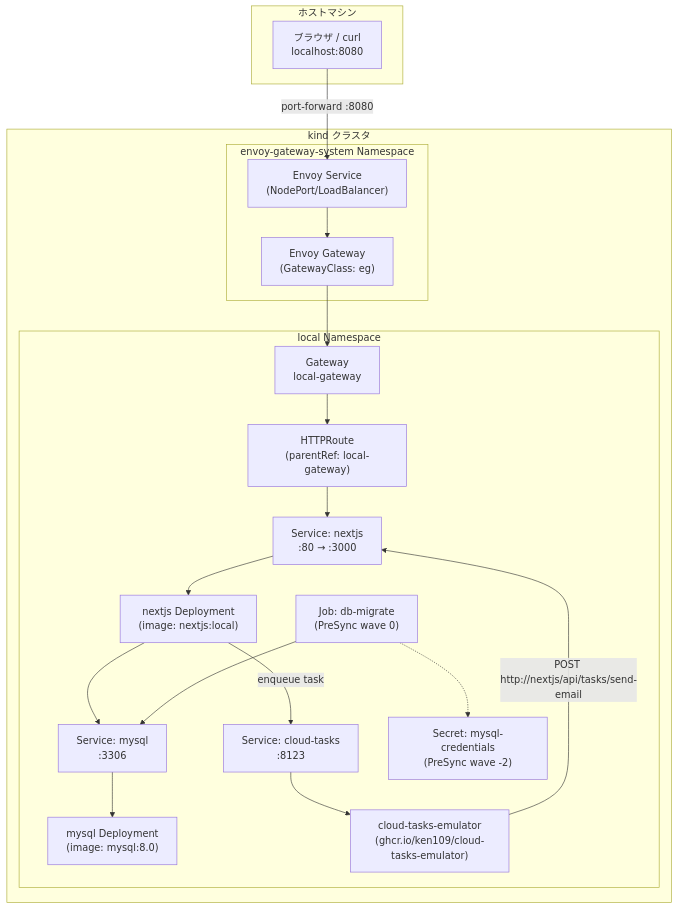
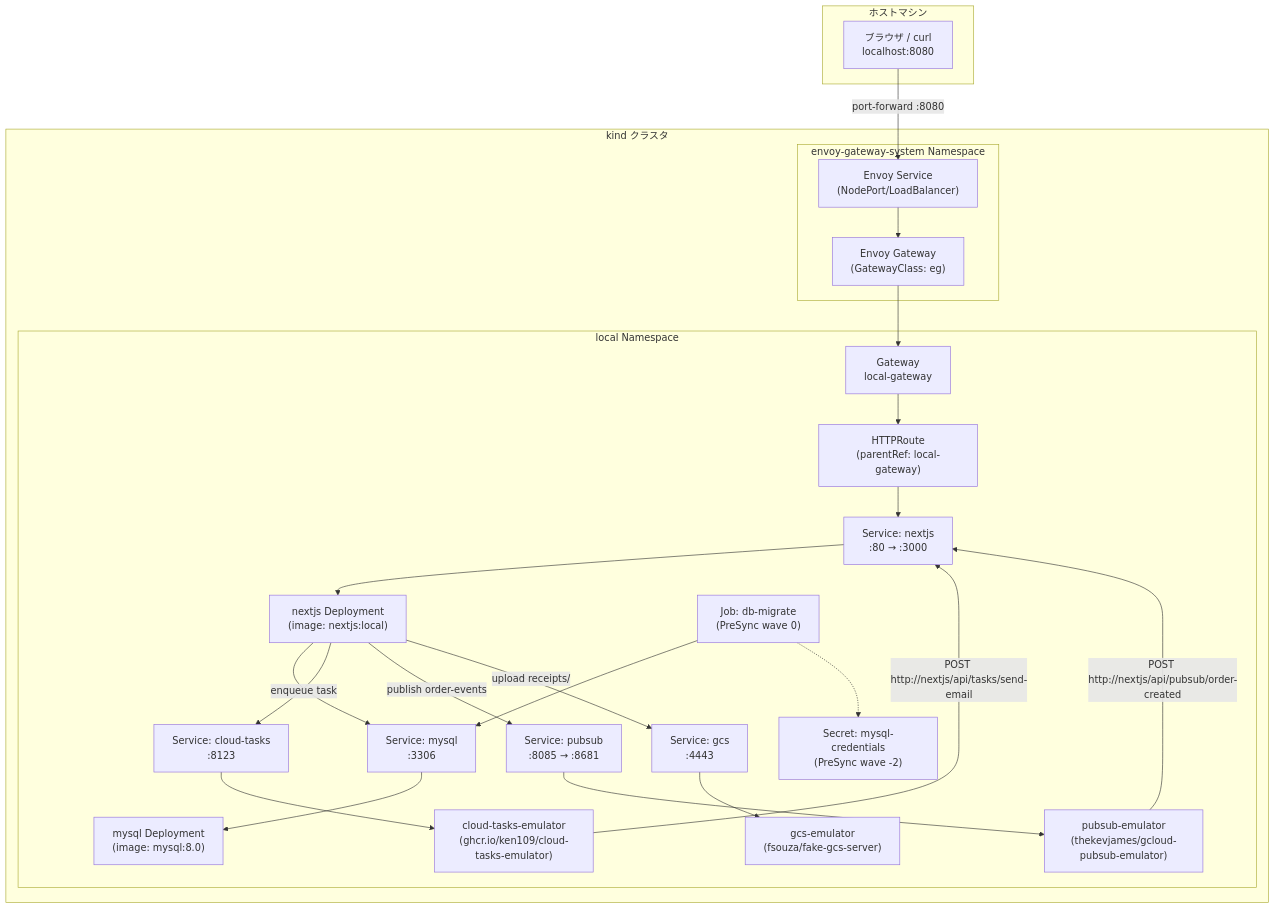
The first of 3 diagrams in README.md (sikeda107/k8s-preview-environment-sample), drawn with Mermaid before and after one commit. The commit also changed other lines of this file and 22 other files, not shown here.

````diff
--- a/README.md
+++ b/README.md
@@ -34,40 +37,49 @@
 ```mermaid
 graph TD
     subgraph host["ホストマシン"]
         browser["ブラウザ / curl\nlocalhost:8080"]
     end
 
     subgraph kind["kind クラスタ"]
         subgraph envoy["envoy-gateway-system Namespace"]
             eg["Envoy Gateway\n(GatewayClass: eg)"]
             svc_envoy["Envoy Service\n(NodePort/LoadBalancer)"]
         end
 
         subgraph local["local Namespace"]
             gw["Gateway\nlocal-gateway"]
             httproute["HTTPRoute\n(parentRef: local-gateway)"]
             nextjs["nextjs Deployment\n(image: nextjs:local)"]
             nextjs_svc["Service: nextjs\n:80 → :3000"]
             mysql["mysql Deployment\n(image: mysql:8.0)"]
             mysql_svc["Service: mysql\n:3306"]
             emulator["cloud-tasks-emulator\n(ghcr.io/ken109/cloud-tasks-emulator)"]
             emulator_svc["Service: cloud-tasks\n:8123"]
+            pubsub["pubsub-emulator\n(thekevjames/gcloud-pubsub-emulator)"]
+            pubsub_svc["Service: pubsub\n:8085 → :8681"]
+            gcs["gcs-emulator\n(fsouza/fake-gcs-server)"]
+            gcs_svc["Service: gcs\n:4443"]
             migrate["Job: db-migrate\n(PreSync wave 0)"]
             secret["Secret: mysql-credentials\n(PreSync wave -2)"]
         end
     end
 
     browser -- "port-forward :8080" --> svc_envoy
     svc_envoy --> eg
     eg --> gw
     gw --> httproute
     httproute --> nextjs_svc
     nextjs_svc --> nextjs
     nextjs --> mysql_svc
     mysql_svc --> mysql
     nextjs -- "enqueue task" --> emulator_svc
     emulator_svc --> emulator
     emulator -- "POST http://nextjs/api/tasks/send-email" --> nextjs_svc
+    nextjs -- "publish order-events" --> pubsub_svc
+    pubsub_svc --> pubsub
+    pubsub -- "POST http://nextjs/api/pubsub/order-created" --> nextjs_svc
+    nextjs -- "upload receipts/" --> gcs_svc
+    gcs_svc --> gcs
     migrate --> mysql_svc
     migrate -.-> secret
 ```
````
